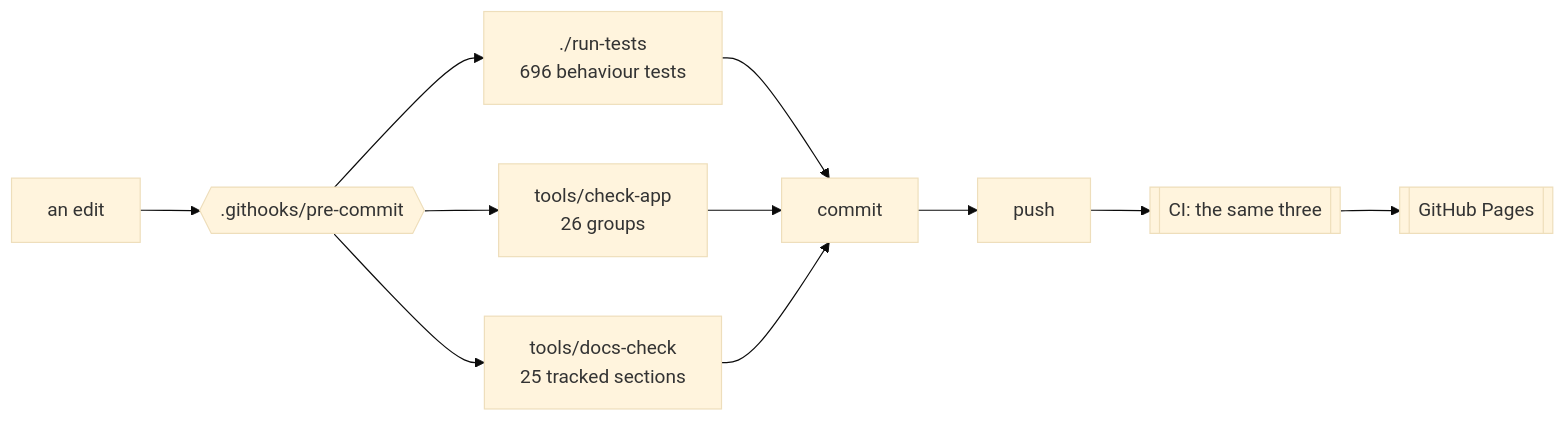
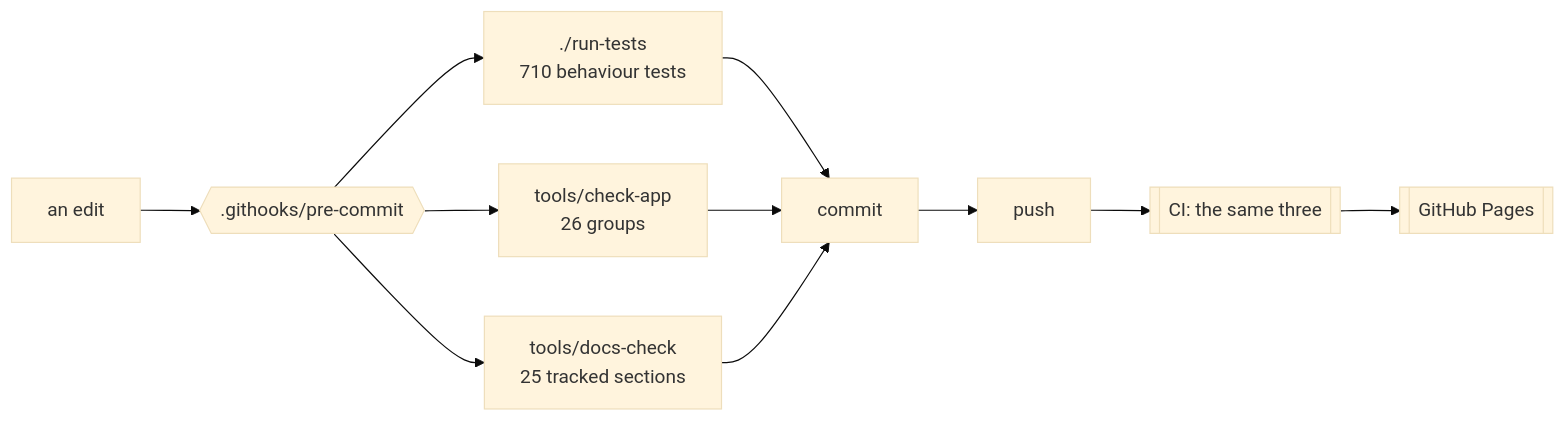
One commit to minormending/crystal-pilot-mobile changed the first of 2 diagrams in docs/DEVELOPING.md. Above: the diagram before and after it, drawn with Mermaid (base theme). The commit also changed other lines of this file and 6 other files, not shown here.

````diff
--- a/docs/DEVELOPING.md
+++ b/docs/DEVELOPING.md
@@ -15,12 +15,12 @@
 ```mermaid
 flowchart LR
     E[an edit] --> H{{".githooks/pre-commit"}}
-    H --> T["./run-tests<br/>696 behaviour tests"]
+    H --> T["./run-tests<br/>710 behaviour tests"]
     H --> C["tools/check-app<br/>26 groups"]
     H --> D["tools/docs-check<br/>25 tracked sections"]
     T --> OK[commit]
     C --> OK
     D --> OK
     OK --> P[push] --> CI[["CI: the same three"]]
     CI --> PG[[GitHub Pages]]
 ```
````
